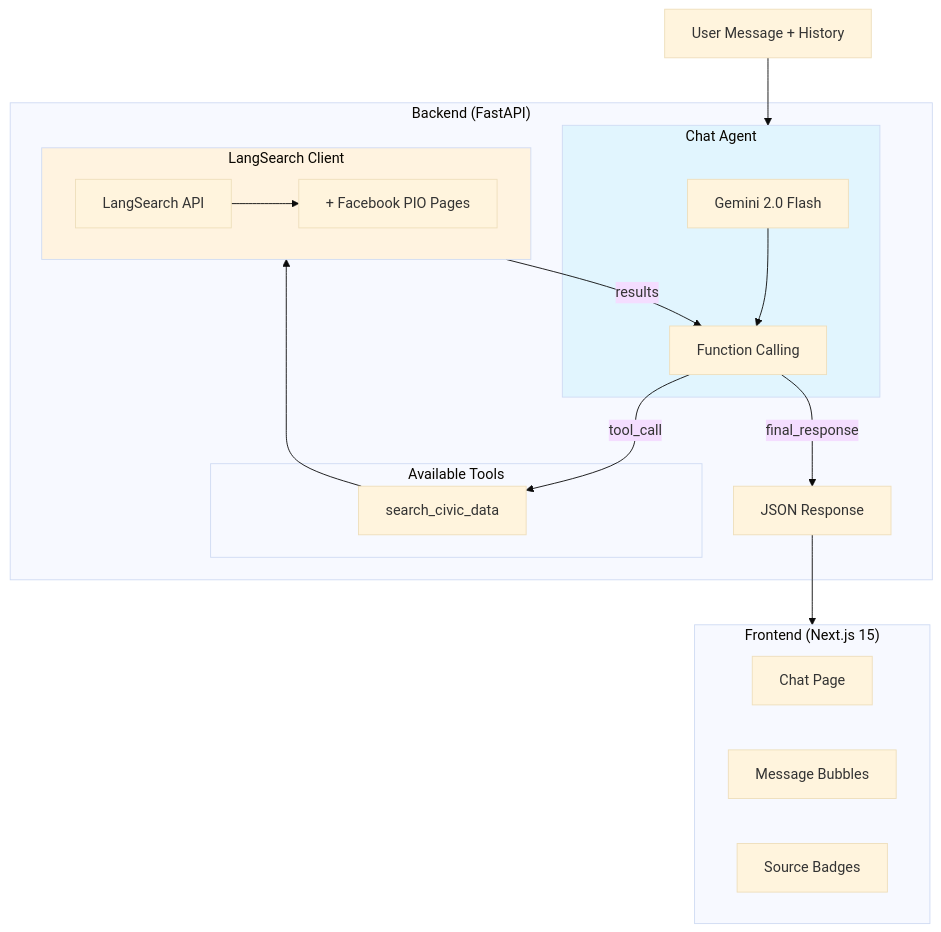
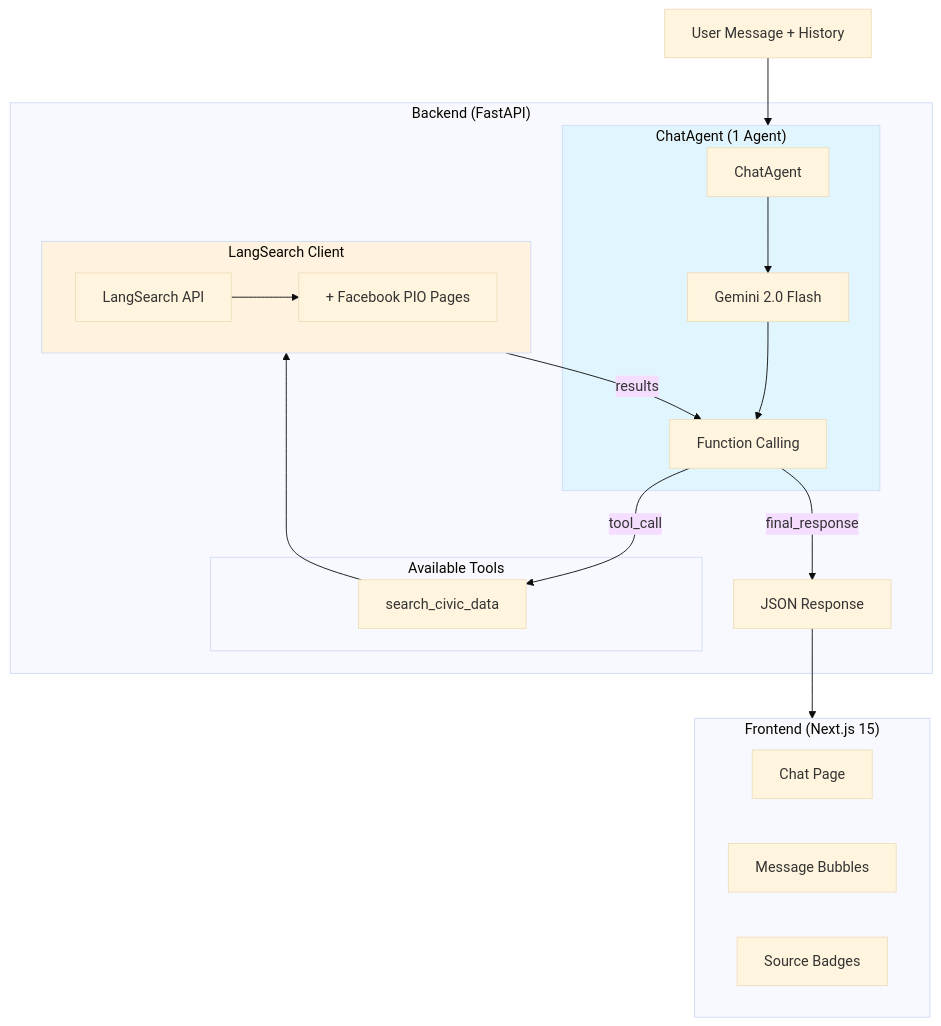
One commit to donyelqt/Hinaing changed the third of 7 diagrams in docs/CHAT_ARCHITECTURE.md. Above: the diagram before and after it, drawn with Mermaid (base theme). The commit also changed other lines of this file and 6 other files, not shown here.

First line of the commit message:
docs: Update architecture documentation with 7-node self-learning pipeline and LLM model refinements

````diff
--- a/docs/CHAT_ARCHITECTURE.md
+++ b/docs/CHAT_ARCHITECTURE.md
@@ -197,37 +242,38 @@
 ```mermaid
 flowchart TB
     subgraph Frontend["Frontend (Next.js 15)"]
         ChatUI[Chat Page]
         MsgBubble[Message Bubbles]
         SourceBadges[Source Badges]
     end
 
     subgraph Backend["Backend (FastAPI)"]
-        subgraph ChatAgent["Chat Agent"]
+        subgraph SingleAgent["ChatAgent (1 Agent)"]
+            CA[ChatAgent]
             GF[Gemini 2.0 Flash]
             FC[Function Calling]
-            GF --> FC
+            CA --> GF --> FC
         end
 
         subgraph Tools["Available Tools"]
             SCD[search_civic_data]
         end
 
         subgraph Search["LangSearch Client"]
             LS[LangSearch API]
             FB[+ Facebook PIO Pages]
             LS --> FB
         end
 
         FC --> |tool_call| SCD
         SCD --> Search
         Search --> |results| FC
         FC --> |final_response| Response[JSON Response]
     end
 
-    Request[User Message + History] --> ChatAgent
+    Request[User Message + History] --> SingleAgent
     Response --> Frontend
 
-    style ChatAgent fill:#e1f5fe
+    style SingleAgent fill:#e1f5fe
     style Search fill:#fff3e0
 ```
````
